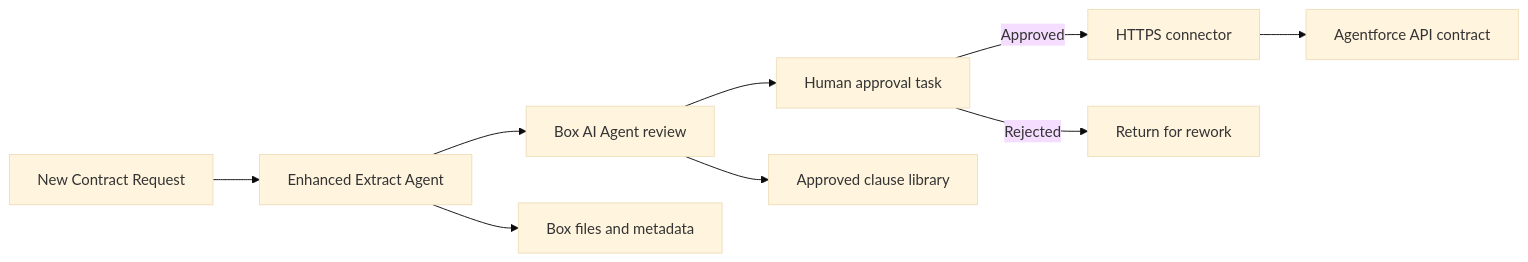
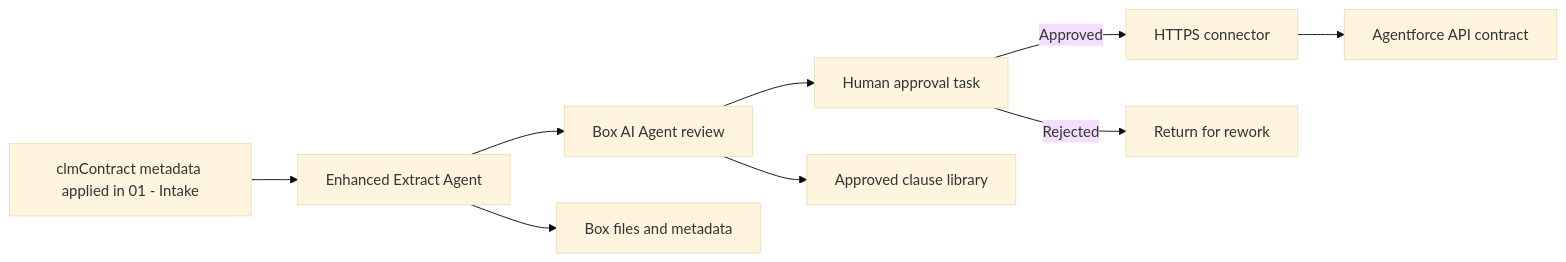
Before and after one commit to unofficialbox/box-bedrock-for-clm: the diagram in docs/use-case-creator/architecture.md, drawn with Mermaid (base theme). The commit also changed other lines of this file and 35 other files, not shown here.

First line of the commit message:
Sweep docs and diagrams to the metadata-triggered intake

````diff
--- a/docs/use-case-creator/architecture.md
+++ b/docs/use-case-creator/architecture.md
@@ -37,11 +37,11 @@
 ```mermaid
 flowchart LR
-    Form["New Contract Request"] --> Extract["Enhanced Extract Agent"]
+    Trigger["clmContract metadata applied in 01 - Intake"] --> Extract["Enhanced Extract Agent"]
     Extract --> Agent["Box AI Agent review"]
     Agent --> Gate["Human approval task"]
     Gate -->|Approved| Connector["HTTPS connector"]
     Gate -->|Rejected| Rework["Return for rework"]
     Connector --> Agentforce["Agentforce API contract"]
     Extract --> Box["Box files and metadata"]
     Agent --> Clauses["Approved clause library"]
 ```
````
